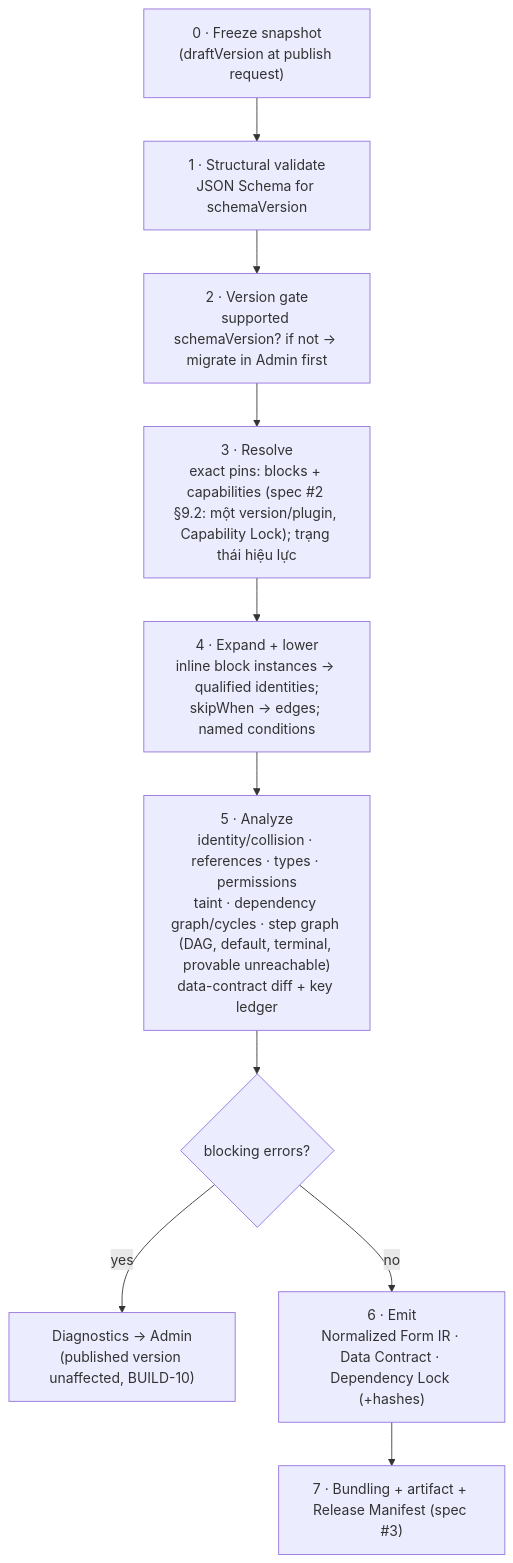
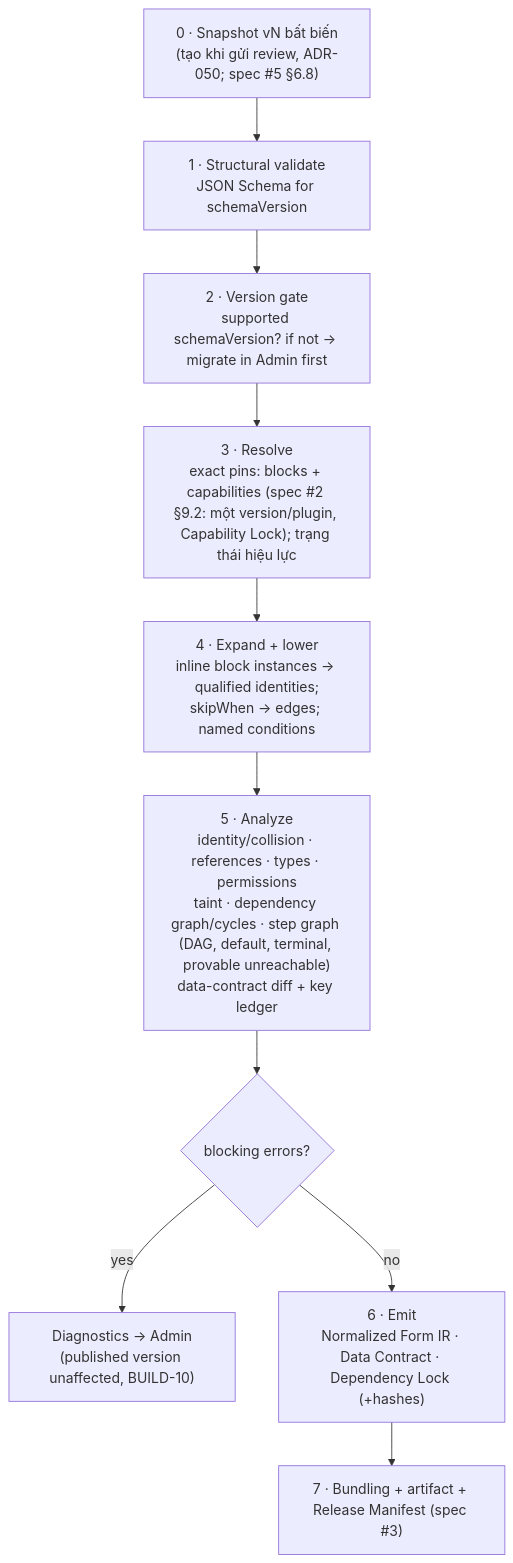
One commit to holong10920/forms_master changed the third of 4 diagrams in docs/superpowers/specs/2026-10-23-form-schema-workflow-design.md. Above: the diagram before and after it, drawn with Mermaid. The commit also changed other lines of this file and 12 other files, not shown here.

````diff
--- a/docs/superpowers/specs/2026-10-23-form-schema-workflow-design.md
+++ b/docs/superpowers/specs/2026-10-23-form-schema-workflow-design.md
@@ -1154,12 +1155,12 @@
 ```mermaid
 flowchart TD
-  S0["0 · Freeze snapshot<br/>(draftVersion at publish request)"] --> S1
+  S0["0 · Snapshot vN bất biến<br/>(tạo khi gửi review, ADR-050; spec #5 §6.8)"] --> S1
   S1["1 · Structural validate<br/>JSON Schema for schemaVersion"] --> S2
   S2["2 · Version gate<br/>supported schemaVersion? if not → migrate in Admin first"] --> S3
   S3["3 · Resolve<br/>exact pins: blocks + capabilities (spec #2 §9.2: một version/plugin, Capability Lock); trạng thái hiệu lực"] --> S4
   S4["4 · Expand + lower<br/>inline block instances → qualified identities;<br/>skipWhen → edges; named conditions"] --> S5
   S5["5 · Analyze<br/>identity/collision · references · types · permissions<br/>taint · dependency graph/cycles · step graph (DAG, default, terminal, provable unreachable)<br/>data-contract diff + key ledger"] --> S6
   S6{"blocking errors?"} -->|yes| E["Diagnostics → Admin<br/>(published version unaffected, BUILD-10)"]
   S6 -->|no| S7["6 · Emit<br/>Normalized Form IR · Data Contract · Dependency Lock (+hashes)"]
   S7 --> S8["7 · Bundling + artifact + Release Manifest (spec #3)"]
 ```
````
